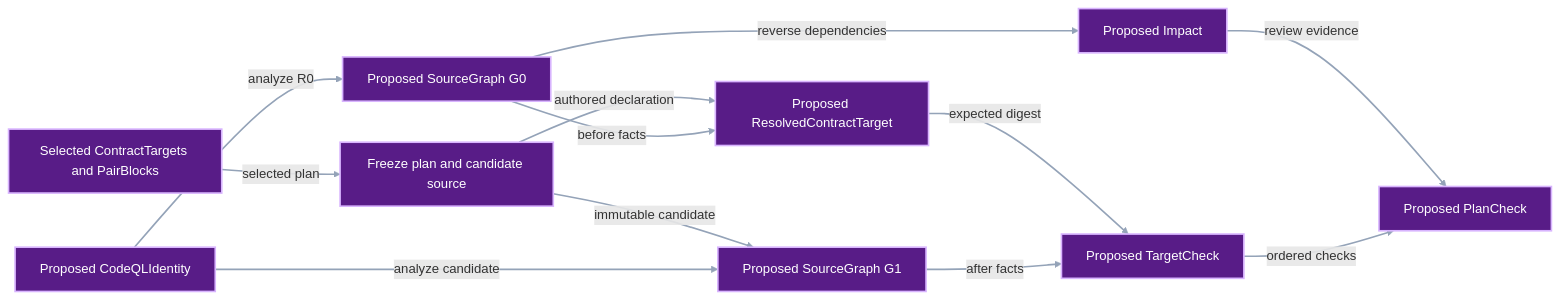
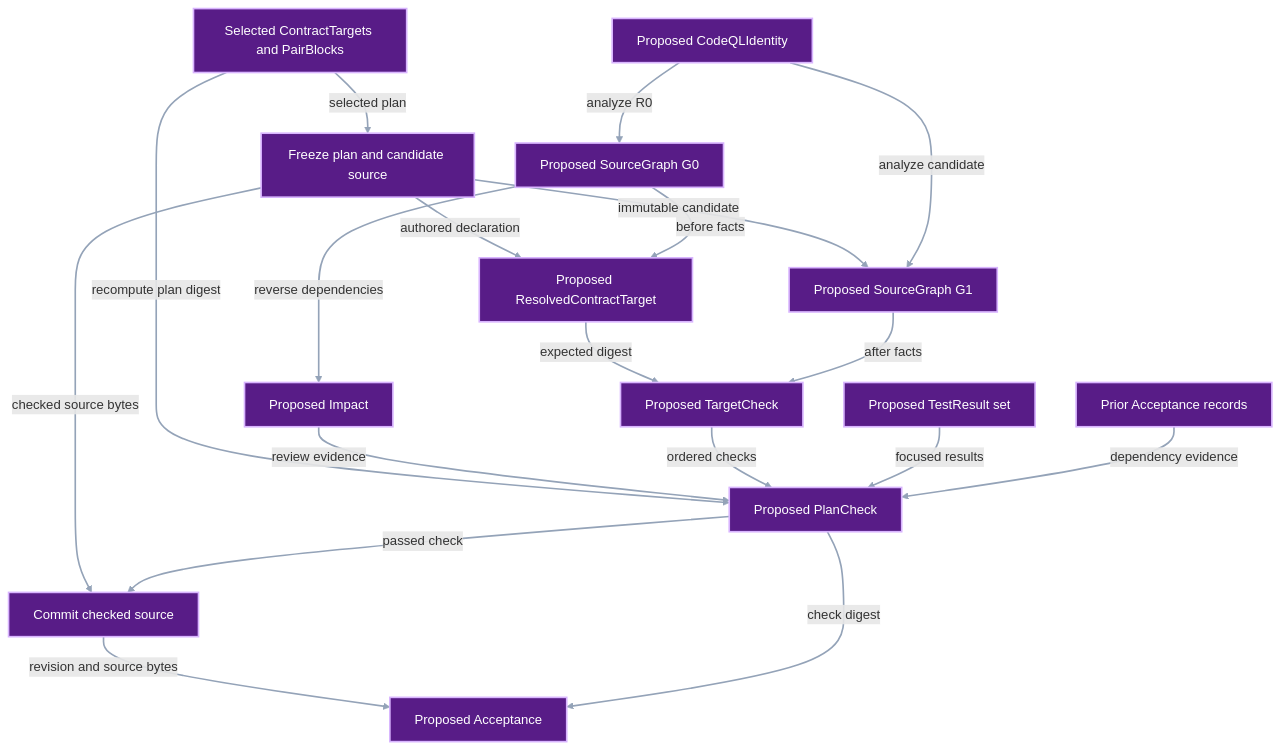
The second of 3 diagrams in docs/development/system-impact-compiler.md (pvd232/viper), drawn with Mermaid before and after one commit. The commit also changed other lines of this file and 4 other files, not shown here.

````diff
--- a/docs/development/system-impact-compiler.md
+++ b/docs/development/system-impact-compiler.md
@@ -124,28 +137,39 @@
 ```mermaid
-flowchart LR
+flowchart TB
     Plan["Selected ContractTargets and PairBlocks"]
     Freeze["Freeze plan and candidate source"]
     Identity["Proposed CodeQLIdentity"]
     Baseline["Proposed SourceGraph G0"]
     Impact["Proposed Impact"]
     Realized["Proposed SourceGraph G1"]
     Resolved["Proposed ResolvedContractTarget"]
     Target["Proposed TargetCheck"]
+    Tests["Proposed TestResult set"]
+    Prior["Prior Acceptance records"]
     Check["Proposed PlanCheck"]
+    Commit["Commit checked source"]
+    Acceptance["Proposed Acceptance"]
 
     Plan -->|"selected plan"| Freeze
+    Plan -->|"recompute plan digest"| Check
     Identity -->|"analyze R0"| Baseline
     Baseline -->|"reverse dependencies"| Impact
     Freeze -->|"authored declaration"| Resolved
     Freeze -->|"immutable candidate"| Realized
     Identity -->|"analyze candidate"| Realized
     Baseline -->|"before facts"| Resolved
     Resolved -->|"expected digest"| Target
     Realized -->|"after facts"| Target
     Impact -->|"review evidence"| Check
     Target -->|"ordered checks"| Check
+    Tests -->|"focused results"| Check
+    Prior -->|"dependency evidence"| Check
+    Freeze -->|"checked source bytes"| Commit
+    Check -->|"passed check"| Commit
+    Commit -->|"revision and source bytes"| Acceptance
+    Check -->|"check digest"| Acceptance
 
-    class Plan,Freeze,Identity,Baseline,Impact,Realized,Resolved,Target,Check proposed
+    class Plan,Freeze,Identity,Baseline,Impact,Realized,Resolved,Target,Tests,Prior,Check,Commit,Acceptance proposed
     classDef proposed fill:#581c87,stroke:#d8b4fe,color:#ffffff,stroke-width:2px
     linkStyle default stroke:#94a3b8,stroke-width:2px
 ```
````
